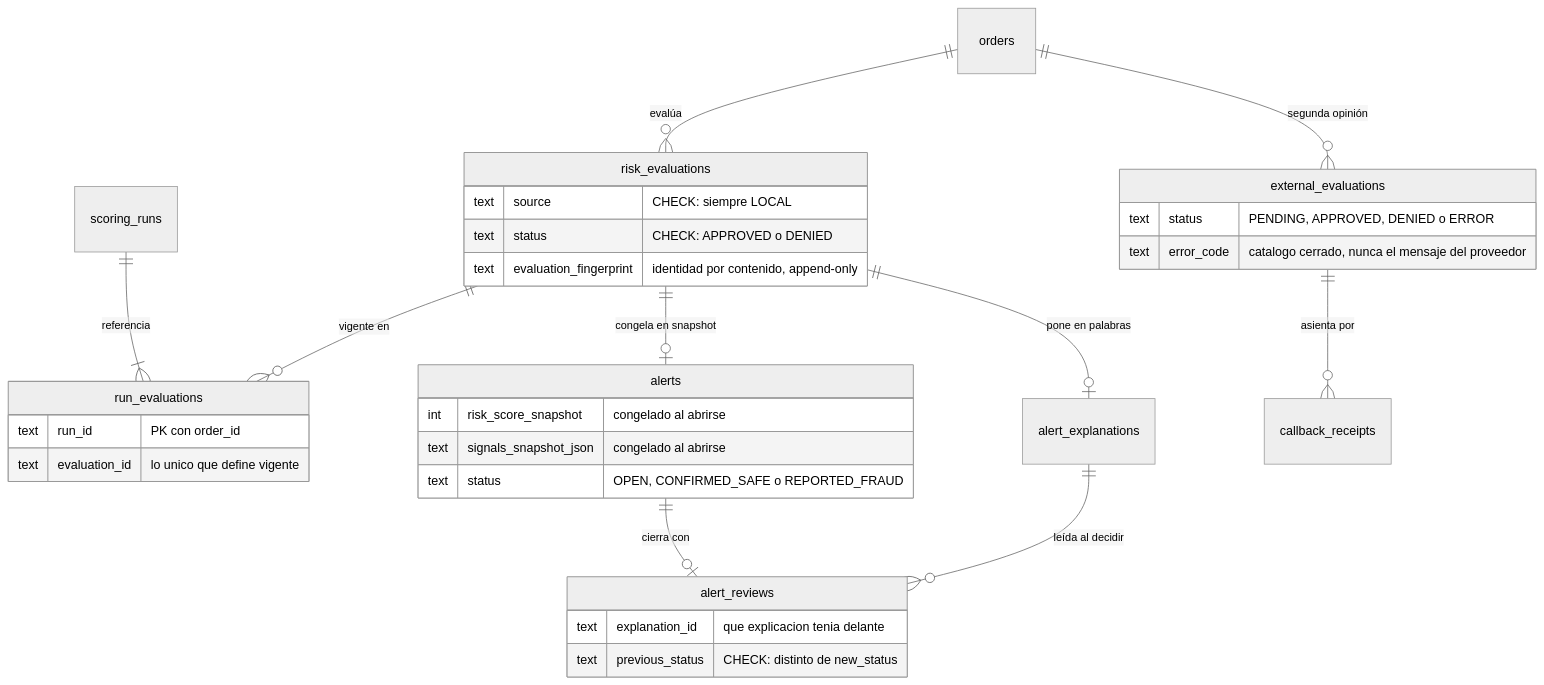
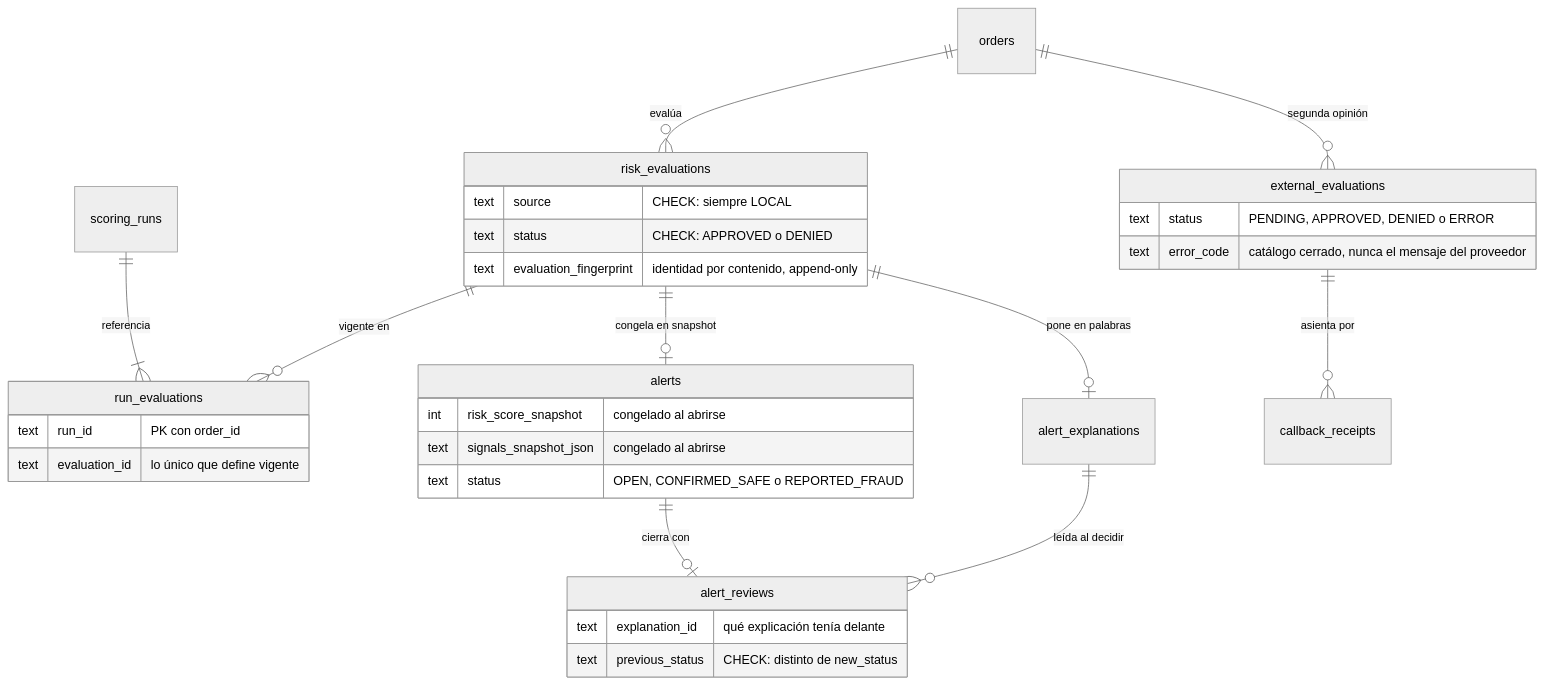
Before and after one commit to unaiaris/Salvo: the second of 4 diagrams in README.md, drawn with Mermaid (neutral theme). The commit also changed other lines of this file and 1 other file, not shown here.

First line of the commit message:
docs: restore the accents and rework the external state diagram

````diff
--- a/README.md
+++ b/README.md
@@ -94,35 +94,35 @@
 ```mermaid
 erDiagram
     orders ||--o{ risk_evaluations : "evalúa"
     scoring_runs ||--|{ run_evaluations : "referencia"
     risk_evaluations ||--o{ run_evaluations : "vigente en"
     risk_evaluations ||--o| alerts : "congela en snapshot"
     alerts ||--o| alert_reviews : "cierra con"
     alert_explanations ||--o{ alert_reviews : "leída al decidir"
     risk_evaluations ||--o| alert_explanations : "pone en palabras"
     orders ||--o{ external_evaluations : "segunda opinión"
     external_evaluations ||--o{ callback_receipts : "asienta por"
 
     risk_evaluations {
         text source "CHECK: siempre LOCAL"
         text status "CHECK: APPROVED o DENIED"
         text evaluation_fingerprint "identidad por contenido, append-only"
     }
     run_evaluations {
         text run_id "PK con order_id"
-        text evaluation_id "lo unico que define vigente"
+        text evaluation_id "lo único que define vigente"
     }
     alerts {
         int risk_score_snapshot "congelado al abrirse"
         text signals_snapshot_json "congelado al abrirse"
         text status "OPEN, CONFIRMED_SAFE o REPORTED_FRAUD"
     }
     alert_reviews {
-        text explanation_id "que explicacion tenia delante"
+        text explanation_id "qué explicación tenía delante"
         text previous_status "CHECK: distinto de new_status"
     }
     external_evaluations {
         text status "PENDING, APPROVED, DENIED o ERROR"
-        text error_code "catalogo cerrado, nunca el mensaje del proveedor"
+        text error_code "catálogo cerrado, nunca el mensaje del proveedor"
     }
 ```
````
